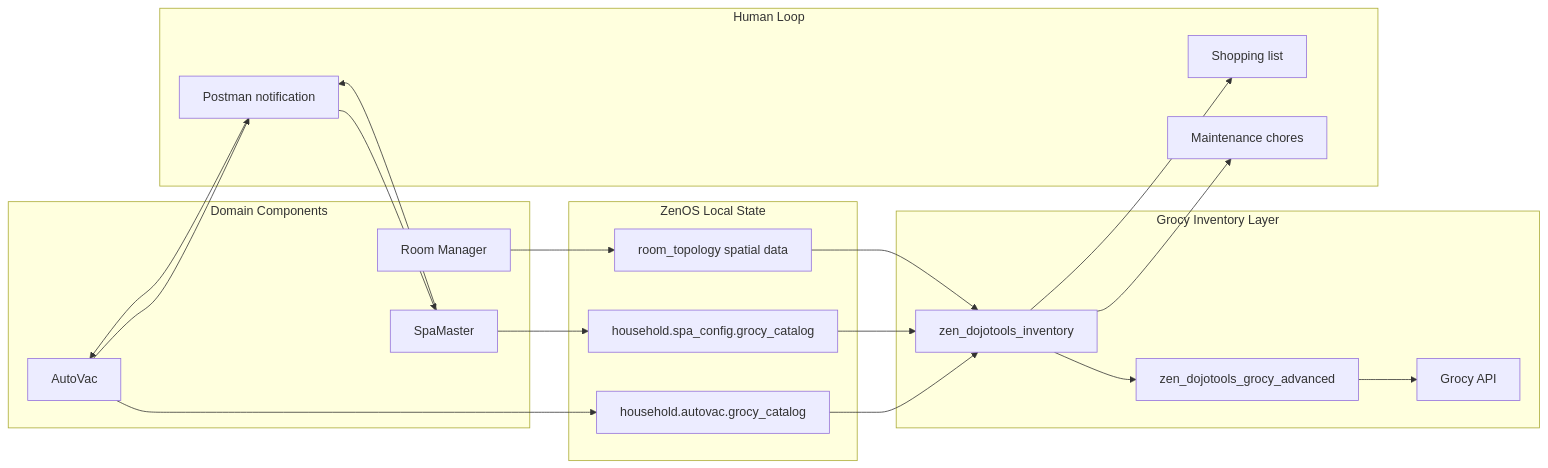
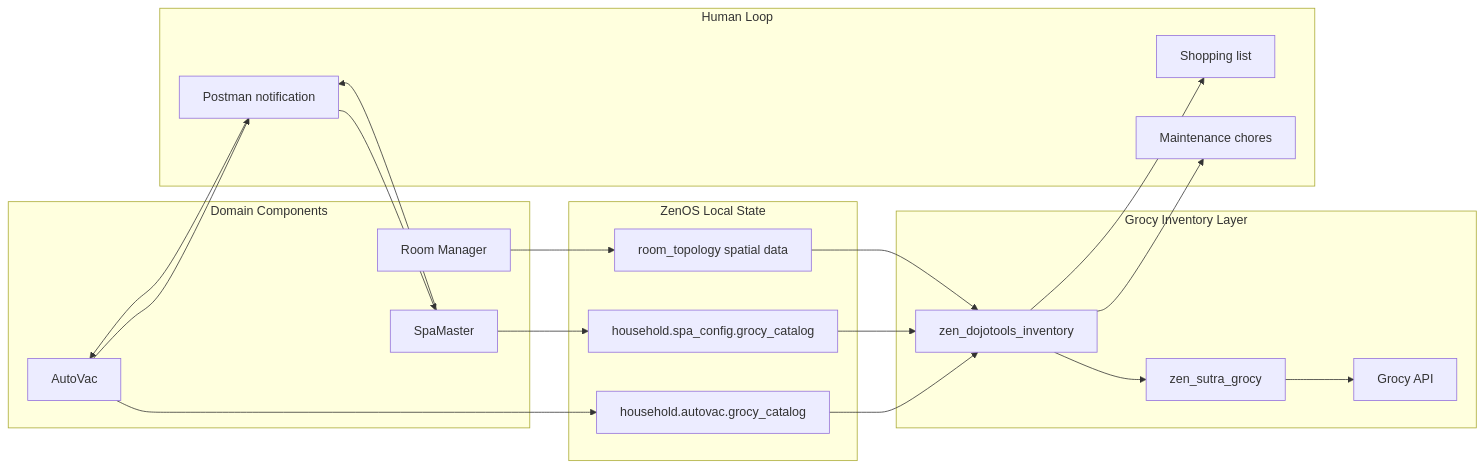
Before and after one commit to nathan-curtis/zenos-ai: the first of 3 diagrams in zenos_ai/docs/plugins/grocy.md, drawn with Mermaid. The commit also changed 18 other files, not shown here.

````diff
--- a/zenos_ai/docs/plugins/grocy.md
+++ b/zenos_ai/docs/plugins/grocy.md
@@ -41,40 +41,40 @@
 ```mermaid
 flowchart LR
   subgraph Components["Domain Components"]
     AutoVac["AutoVac"]
     SpaMaster["SpaMaster"]
     RoomManager["Room Manager"]
   end
 
   subgraph LocalState["ZenOS Local State"]
     AVDrawer["household.autovac.grocy_catalog"]
     SpaConfig["household.spa_config.grocy_catalog"]
     Spatial["room_topology spatial data"]
   end
 
   subgraph GrocyLayer["Grocy Inventory Layer"]
     Inventory["zen_dojotools_inventory"]
-    Advanced["zen_dojotools_grocy_advanced"]
+    Advanced["zen_sutra_grocy"]
     Grocy["Grocy API"]
   end
 
   subgraph HumanLoop["Human Loop"]
     Shopping["Shopping list"]
     Chores["Maintenance chores"]
     Postman["Postman notification"]
   end
 
   AutoVac --> AVDrawer
   SpaMaster --> SpaConfig
   RoomManager --> Spatial
   AVDrawer --> Inventory
   SpaConfig --> Inventory
   Spatial --> Inventory
   Inventory --> Advanced --> Grocy
   Inventory --> Shopping
   Inventory --> Chores
   AutoVac --> Postman
   SpaMaster --> Postman
   Postman --> AutoVac
   Postman --> SpaMaster
 ```
````
